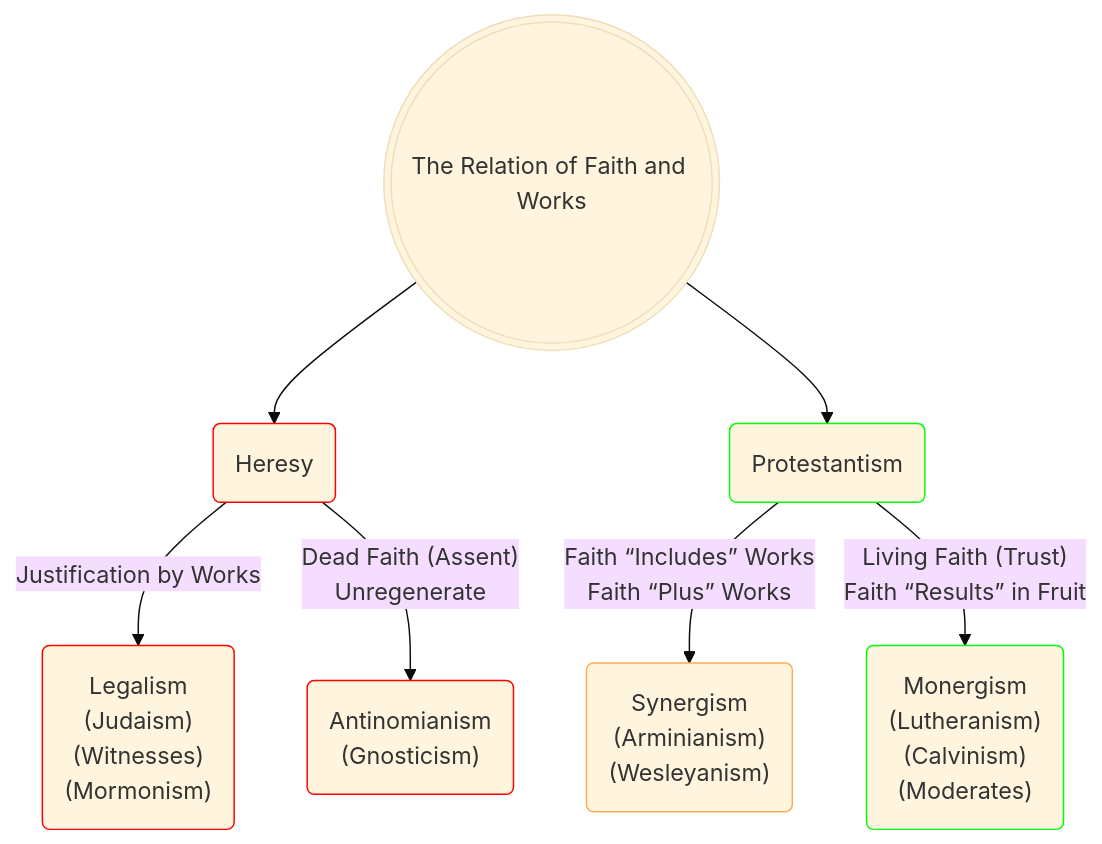
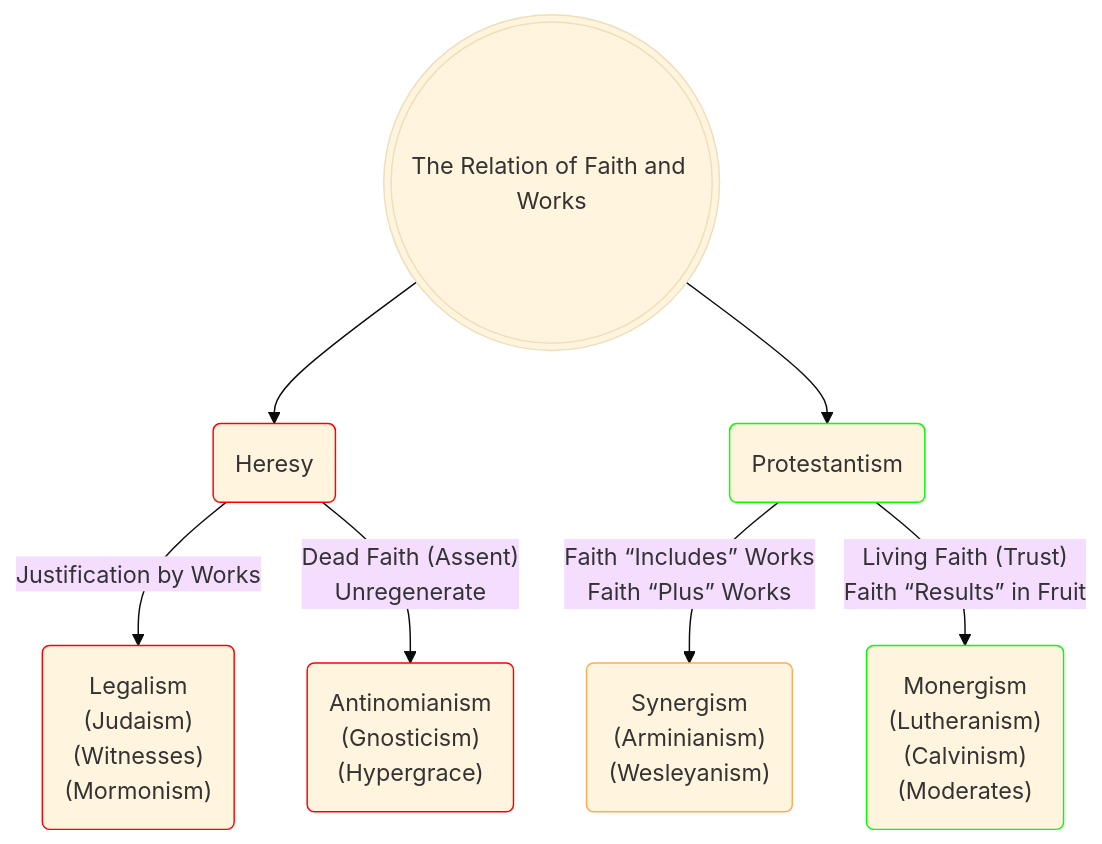
One commit to OrdoLuminis/ordoluminis.github.io changed the diagram in _posts/2025-08-03-historic-protestant-position.markdown. Above: the diagram before and after it, drawn with Mermaid (base theme). The commit also changed other lines of this file, not shown here.

````diff
--- a/_posts/2025-08-03-historic-protestant-position.markdown
+++ b/_posts/2025-08-03-historic-protestant-position.markdown
@@ -51,13 +51,13 @@
 ```mermaid
 flowchart TD
     A(((The Relation of Faith and Works)))
     A -->B(Heresy):::red
     A -->C(Protestantism):::green
     B -->|Justification by Works| D(Legalism<br>&lpar;Judaism&rpar;<br>&lpar;Witnesses&rpar;<br>&lpar;Mormonism&rpar;):::red
-    B -->|Dead Faith &lpar;Assent&rpar;<br>Unregenerate| G(Antinomianism<br>&lpar;Gnosticism&rpar;):::red
+    B -->|Dead Faith &lpar;Assent&rpar;<br>Unregenerate| G(Antinomianism<br>&lpar;Gnosticism&rpar;<br>&lpar;Hypergrace&rpar;):::red
     C -->|Faith &ldquo;Includes&rdquo; Works<br>Faith &ldquo;Plus&rdquo; Works| E(Synergism<br>&lpar;Arminianism&rpar;<br>&lpar;Wesleyanism&rpar;):::blue
     C -->|Living Faith &lpar;Trust&rpar;<br>Faith &ldquo;Results&rdquo; in Fruit| F(Monergism<br>&lpar;Lutheranism&rpar;<br>&lpar;Calvinism&rpar;<br>&lpar;Moderates&rpar;):::green
     classDef red stroke:#f00
     classDef green stroke:#0f0
     classDef blue stroke:#fa5
 ```
````
